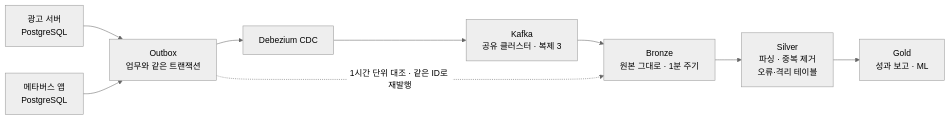
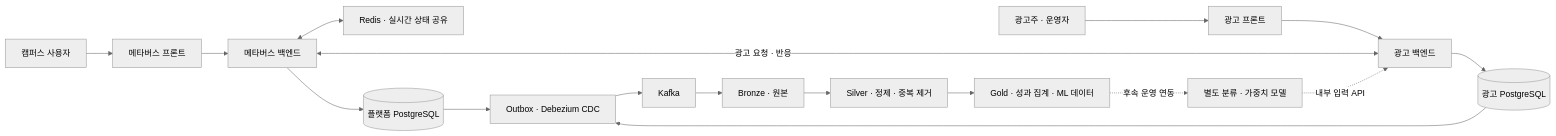
One commit to encore-ai-campus/mlo-01-p4-team2 changed the diagram in README.md. Above: the diagram before and after it, drawn with Mermaid (neutral theme). The commit also changed other lines of this file, not shown here.

````diff
--- a/README.md
+++ b/README.md
@@ -126,11 +89,21 @@
 ```mermaid
 flowchart LR
-    A[광고 서버<br/>PostgreSQL] --> O[Outbox<br/>업무와 같은 트랜잭션]
-    M[메타버스 앱<br/>PostgreSQL] --> O
-    O --> C[Debezium CDC]
-    C --> K[Kafka<br/>공유 클러스터 · 복제 3]
-    K --> B[Bronze<br/>원본 그대로 · 1분 주기]
-    B --> S[Silver<br/>파싱 · 중복 제거<br/>오류·격리 테이블]
-    S --> G[Gold<br/>성과 보고 · ML]
-    O -. 1시간 단위 대조 · 같은 ID로 재발행 .-> B
+    USER[캠퍼스 사용자] --> PF[메타버스 프론트]
+    PF --> PB[메타버스 백엔드]
+    PB <--> REDIS[Redis · 실시간 상태 공유]
+    PB --> PDB[(플랫폼 PostgreSQL)]
+
+    ADV[광고주 · 운영자] --> AF[광고 프론트]
+    AF --> AB[광고 백엔드]
+    PB <-->|광고 요청 · 반응| AB
+    AB --> ADB[(광고 PostgreSQL)]
+
+    PDB --> CDC[Outbox · Debezium CDC]
+    ADB --> CDC
+    CDC --> K[Kafka]
+    K --> B[Bronze · 원본]
+    B --> S[Silver · 정제 · 중복 제거]
+    S --> G[Gold · 성과 집계 · ML 데이터]
+    G -.->|후속 운영 연동| ML[별도 분류 · 가중치 모델]
+    ML -.->|내부 입력 API| AB
 ```
````
